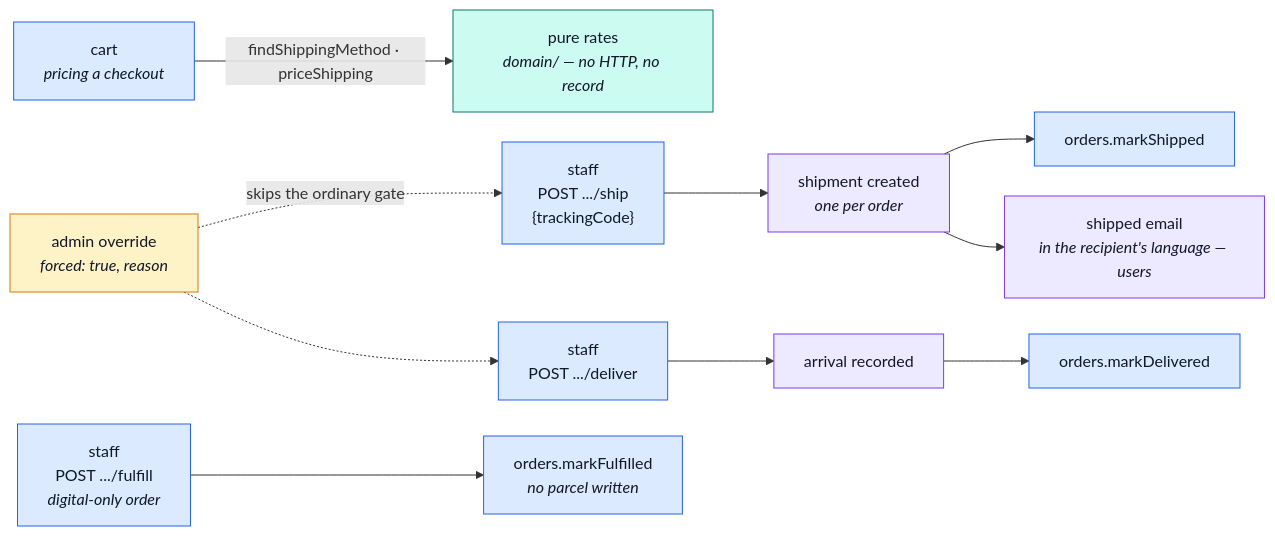
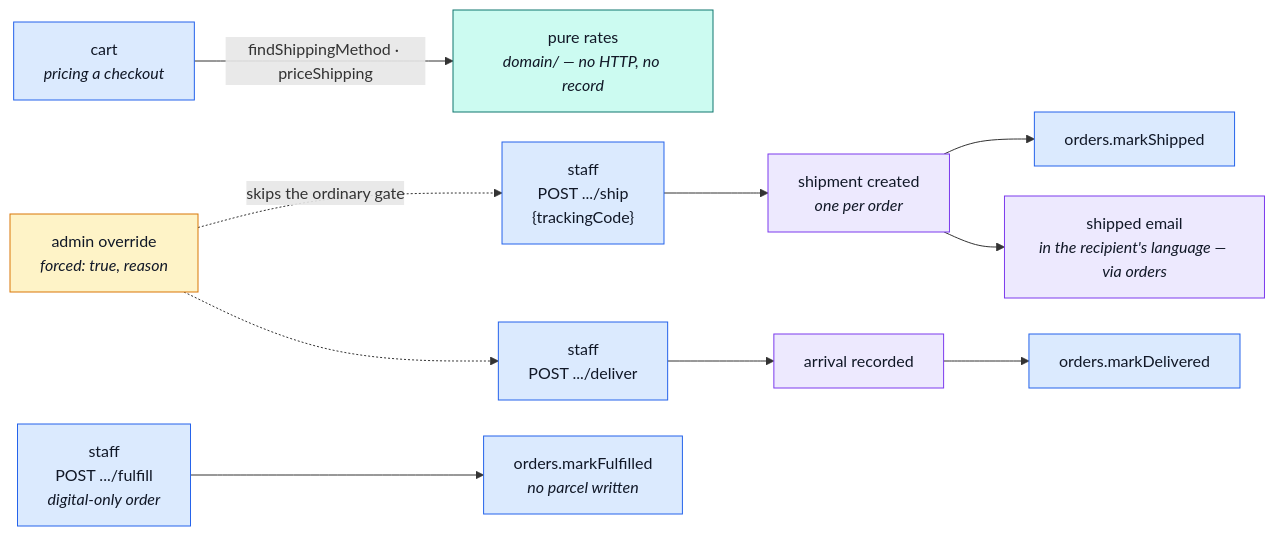
The second of 2 diagrams in docs/modules/delivery.md (Guebbit/boilerplate-node-backend), drawn with Mermaid before and after one commit. The commit also changed other lines of this file and 9 other files, not shown here.

````diff
--- a/docs/modules/delivery.md
+++ b/docs/modules/delivery.md
@@ -80,22 +80,22 @@
 ```mermaid
 %%{init: {'flowchart': {'nodeSpacing': 30, 'rankSpacing': 55}}}%%
 flowchart LR
     CA["cart<br/><i>pricing a checkout</i>"] -->|"findShippingMethod · priceShipping"| RA["pure rates<br/><i>domain/ — no HTTP, no record</i>"]
     S1["staff<br/>POST .../ship<br/>{trackingCode}"] --> SH["shipment created<br/><i>one per order</i>"]
     SH --> MS["orders.markShipped"]
-    SH --> EM["shipped email<br/><i>in the recipient's language — users</i>"]
+    SH --> EM["shipped email<br/><i>in the recipient's language — via orders</i>"]
     S2["staff<br/>POST .../deliver"] --> DV["arrival recorded"]
     DV --> MD["orders.markDelivered"]
     S3["staff<br/>POST .../fulfill<br/><i>digital-only order</i>"] --> MF["orders.markFulfilled<br/><i>no parcel written</i>"]
     OV["admin override<br/><i>forced: true, reason</i>"] -.->|"skips the ordinary gate"| S1
     OV -.-> S2
 
     classDef pure fill:#ccfbf1,stroke:#0f766e,color:#111827;
     classDef own fill:#ede9fe,stroke:#7c3aed,color:#111827;
     classDef peer fill:#dbeafe,stroke:#2563eb,color:#111827;
     classDef override fill:#fef3c7,stroke:#d97706,color:#111827;
     class RA pure;
     class SH,EM,DV own;
     class CA,S1,S2,S3,MS,MD,MF peer;
     class OV override;
 ```
````
